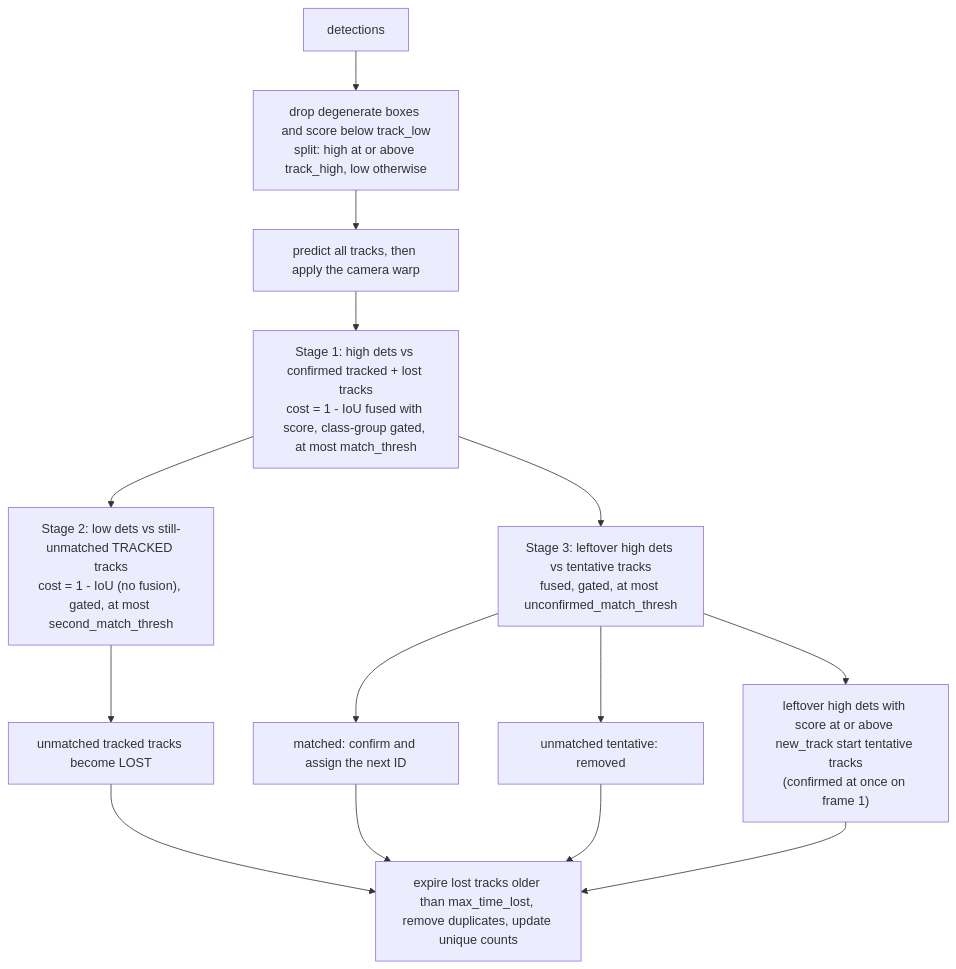
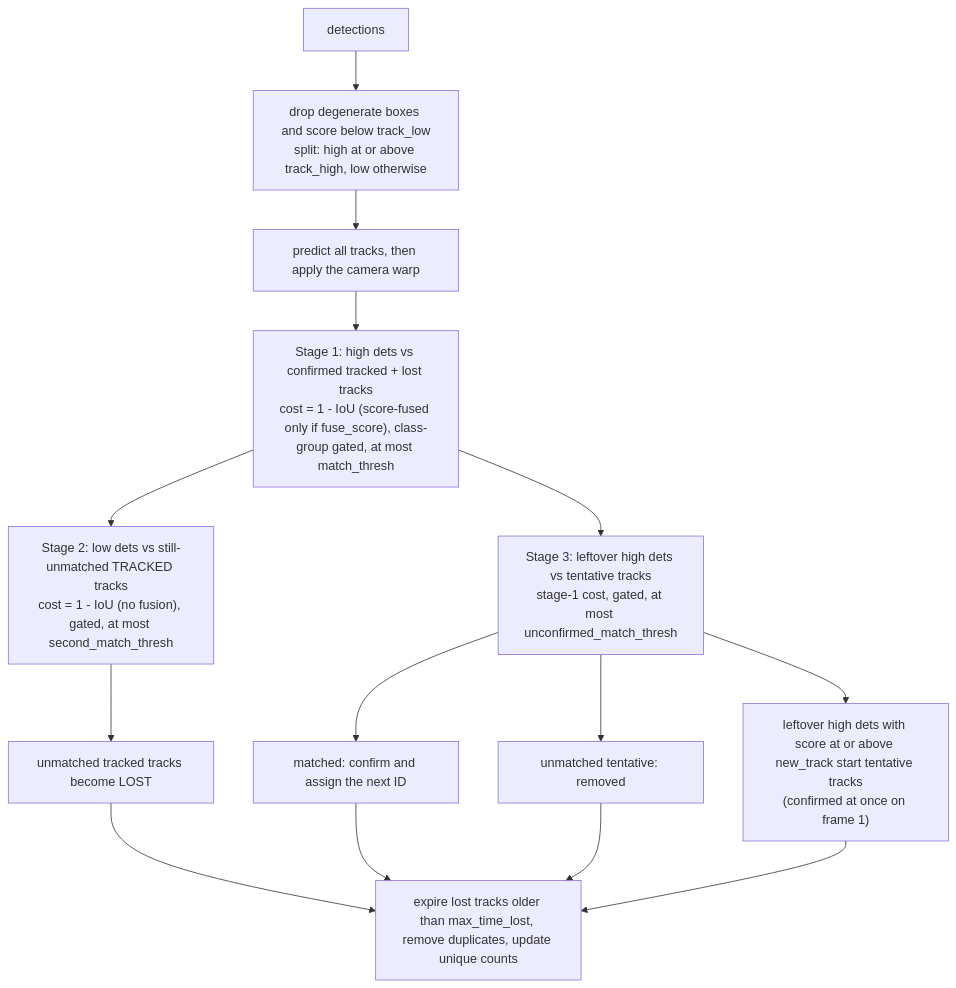
The second of 2 diagrams in docs/ARCHITECTURE.md (Halok600/The-Aerial-Guardian), drawn with Mermaid before and after one commit. The commit also changed other lines of this file and 16 other files, not shown here.

````diff
--- a/docs/ARCHITECTURE.md
+++ b/docs/ARCHITECTURE.md
@@ -260,16 +260,16 @@
 ```mermaid
 flowchart TD
   A["detections"] --> B["drop degenerate boxes and score below track_low<br/>split: high at or above track_high, low otherwise"]
   B --> C["predict all tracks, then apply the camera warp"]
-  C --> S1["Stage 1: high dets vs confirmed tracked + lost tracks<br/>cost = 1 - IoU fused with score, class-group gated, at most match_thresh"]
+  C --> S1["Stage 1: high dets vs confirmed tracked + lost tracks<br/>cost = 1 - IoU (score-fused only if fuse_score), class-group gated, at most match_thresh"]
   S1 --> S2["Stage 2: low dets vs still-unmatched TRACKED tracks<br/>cost = 1 - IoU (no fusion), gated, at most second_match_thresh"]
-  S1 --> S3["Stage 3: leftover high dets vs tentative tracks<br/>fused, gated, at most unconfirmed_match_thresh"]
+  S1 --> S3["Stage 3: leftover high dets vs tentative tracks<br/>stage-1 cost, gated, at most unconfirmed_match_thresh"]
   S2 --> L["unmatched tracked tracks become LOST"]
   S3 --> N1["matched: confirm and assign the next ID"]
   S3 --> N2["unmatched tentative: removed"]
   S3 --> N3["leftover high dets with score at or above new_track start tentative tracks<br/>(confirmed at once on frame 1)"]
   L --> E["expire lost tracks older than max_time_lost, remove duplicates, update unique counts"]
   N1 --> E
   N2 --> E
   N3 --> E
 ```
````
